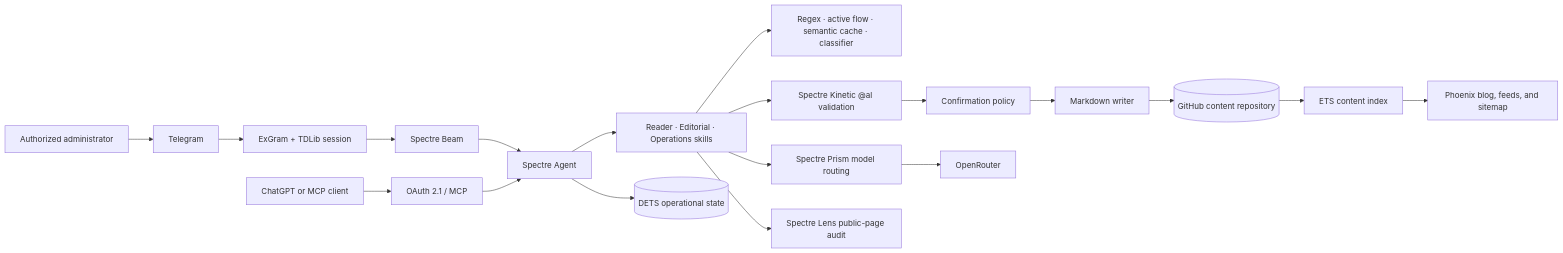
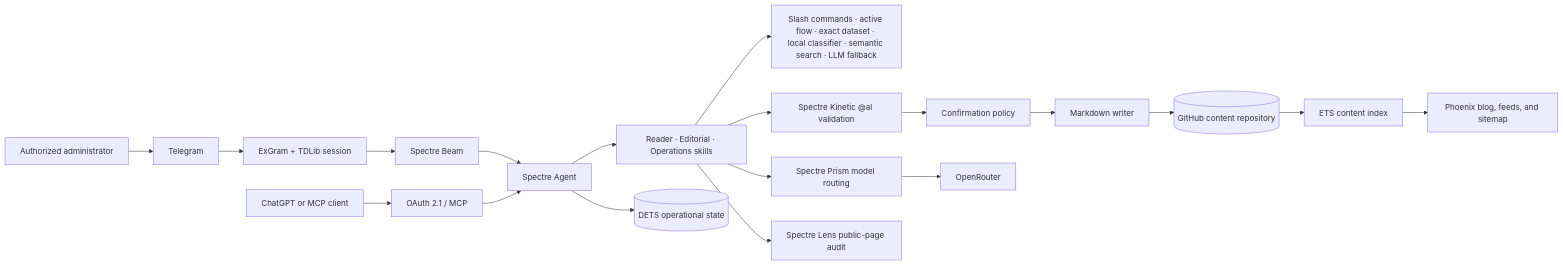
The diagram in README.md (elchemista/ex_blog), drawn with Mermaid before and after one commit. The commit also changed other lines of this file, not shown here.

````diff
--- a/README.md
+++ b/README.md
@@ -29,21 +30,21 @@
 ```mermaid
 flowchart LR
     Admin[Authorized administrator] --> Telegram[Telegram]
     Telegram --> ExGram[ExGram + TDLib session]
     ExGram --> Beam[Spectre Beam]
     ChatGPT[ChatGPT or MCP client] --> MCP[OAuth 2.1 / MCP]
     Beam --> Agent[Spectre Agent]
     MCP --> Agent
     Agent --> Skills[Reader · Editorial · Operations skills]
-    Skills --> Router[Regex · active flow · semantic cache · classifier]
+    Skills --> Router[Slash commands · active flow · exact dataset · local classifier · semantic search · LLM fallback]
     Skills --> Kinetic[Spectre Kinetic @al validation]
     Skills --> Prism[Spectre Prism model routing]
     Skills --> Lens[Spectre Lens public-page audit]
     Kinetic --> Policy[Confirmation policy]
     Policy --> Writer[Markdown writer]
     Writer --> GitHub[(GitHub content repository)]
     GitHub --> Index[ETS content index]
     Index --> Phoenix[Phoenix blog, feeds, and sitemap]
     Prism --> OpenRouter[OpenRouter]
     Agent --> DETS[(DETS operational state)]
 ```
````
